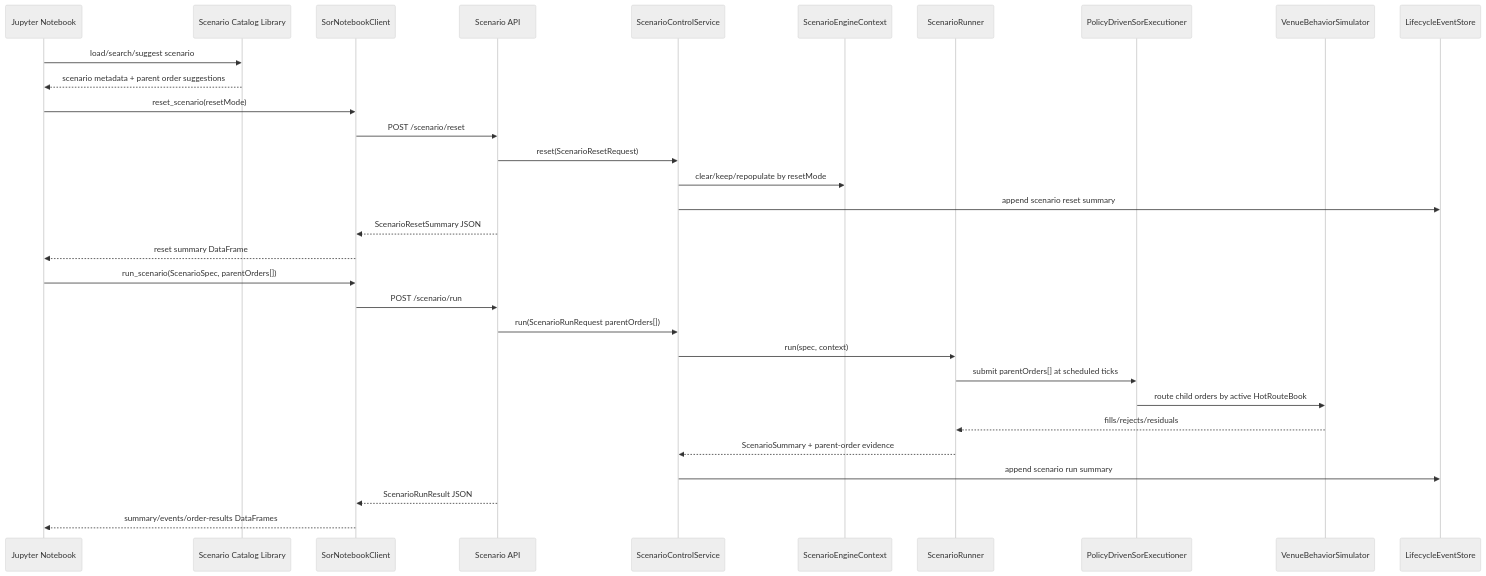
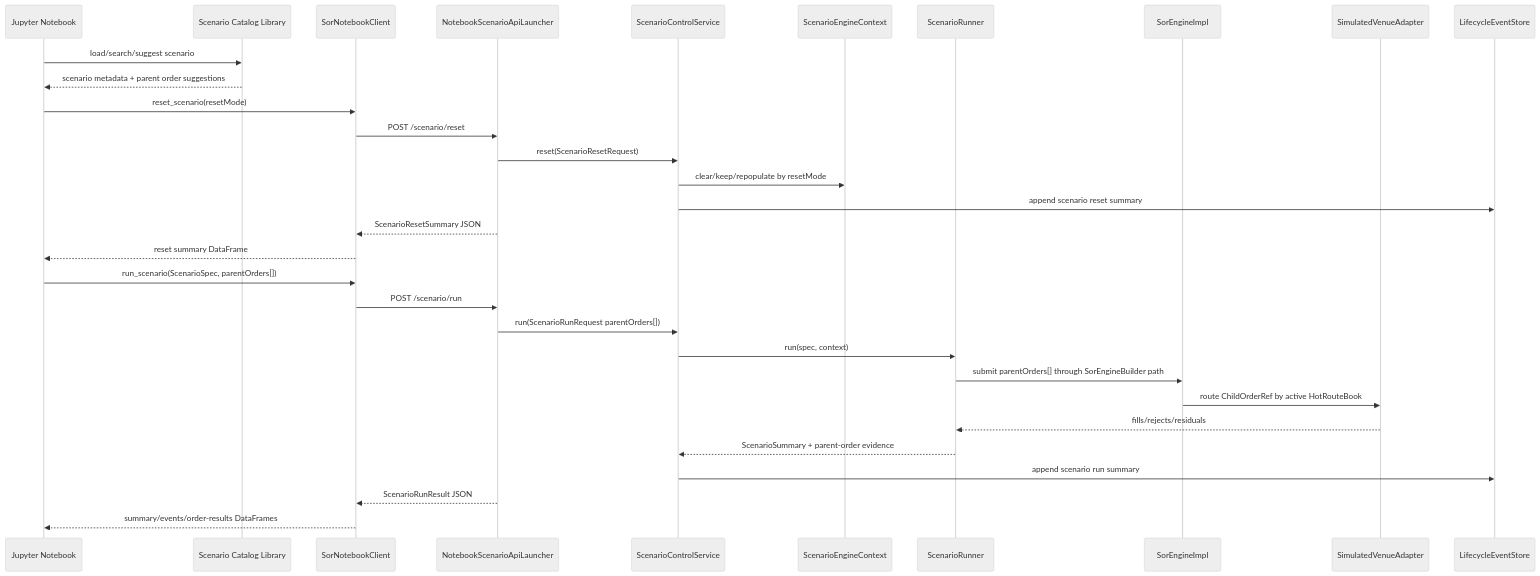
One commit to rueishi/adaptive-quantum-sor changed the seventh of 8 diagrams in docs/SEQUENCE_DIAGRAMS.md. Above: the diagram before and after it, drawn with Mermaid (neutral theme). The commit also changed other lines of this file and 820 other files, not shown here.

````diff
--- a/docs/SEQUENCE_DIAGRAMS.md
+++ b/docs/SEQUENCE_DIAGRAMS.md
@@ -180,34 +191,34 @@
 ```mermaid
 sequenceDiagram
     participant Notebook as Jupyter Notebook
     participant Catalog as Scenario Catalog Library
     participant Client as SorNotebookClient
-    participant API as Scenario API
+    participant API as NotebookScenarioApiLauncher
     participant Control as ScenarioControlService
     participant Context as ScenarioEngineContext
     participant Runner as ScenarioRunner
-    participant SOR as PolicyDrivenSorExecutioner
-    participant Venue as VenueBehaviorSimulator
+    participant Engine as SorEngineImpl
+    participant Venue as SimulatedVenueAdapter
     participant Events as LifecycleEventStore
 
     Notebook->>Catalog: load/search/suggest scenario
     Catalog-->>Notebook: scenario metadata + parent order suggestions
     Notebook->>Client: reset_scenario(resetMode)
     Client->>API: POST /scenario/reset
     API->>Control: reset(ScenarioResetRequest)
     Control->>Context: clear/keep/repopulate by resetMode
     Control->>Events: append scenario reset summary
     API-->>Client: ScenarioResetSummary JSON
     Client-->>Notebook: reset summary DataFrame
     Notebook->>Client: run_scenario(ScenarioSpec, parentOrders[])
     Client->>API: POST /scenario/run
     API->>Control: run(ScenarioRunRequest parentOrders[])
     Control->>Runner: run(spec, context)
-    Runner->>SOR: submit parentOrders[] at scheduled ticks
-    SOR->>Venue: route child orders by active HotRouteBook
+    Runner->>Engine: submit parentOrders[] through SorEngineBuilder path
+    Engine->>Venue: route ChildOrderRef by active HotRouteBook
     Venue-->>Runner: fills/rejects/residuals
     Runner-->>Control: ScenarioSummary + parent-order evidence
     Control->>Events: append scenario run summary
     API-->>Client: ScenarioRunResult JSON
     Client-->>Notebook: summary/events/order-results DataFrames
 ```
````
